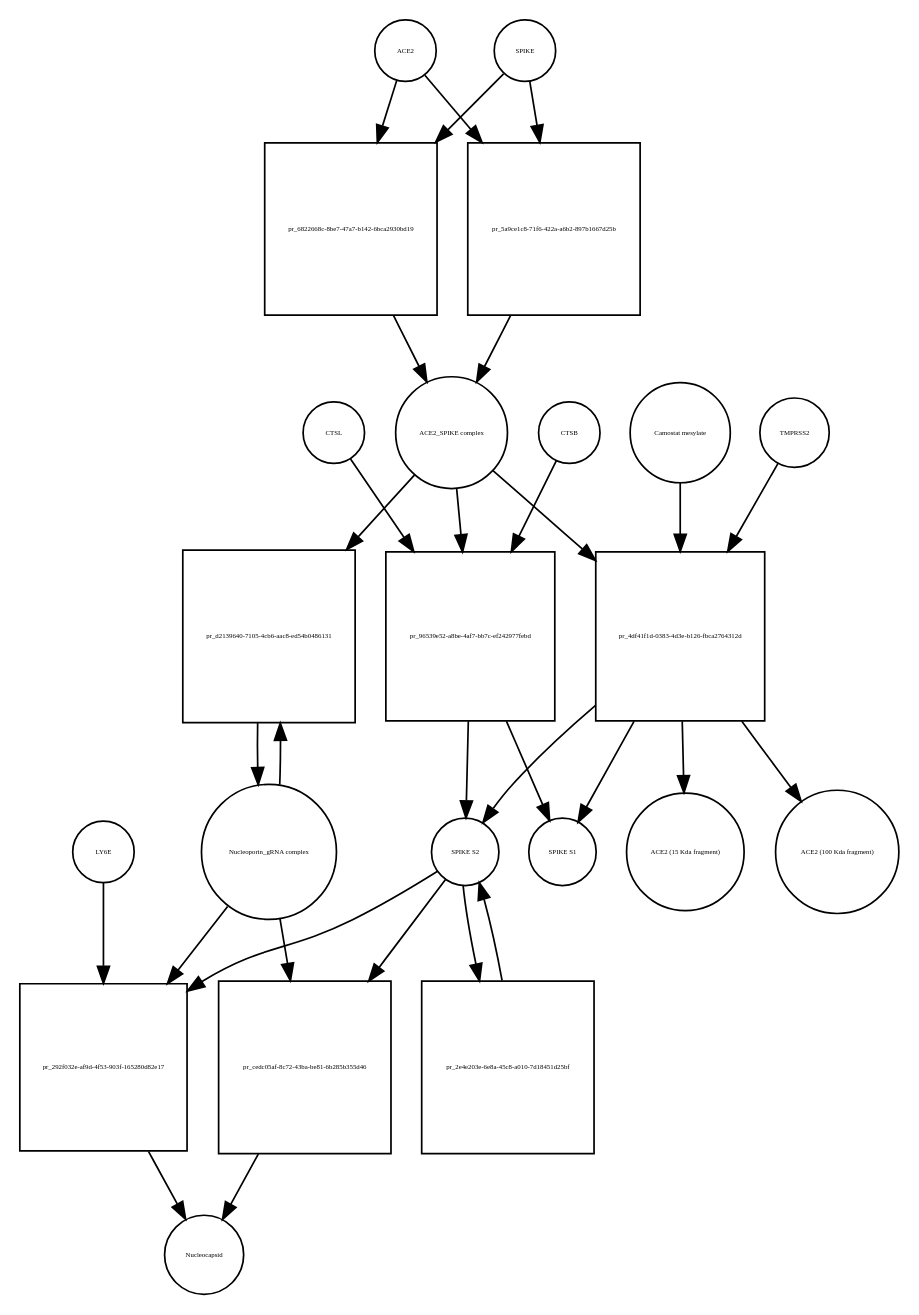
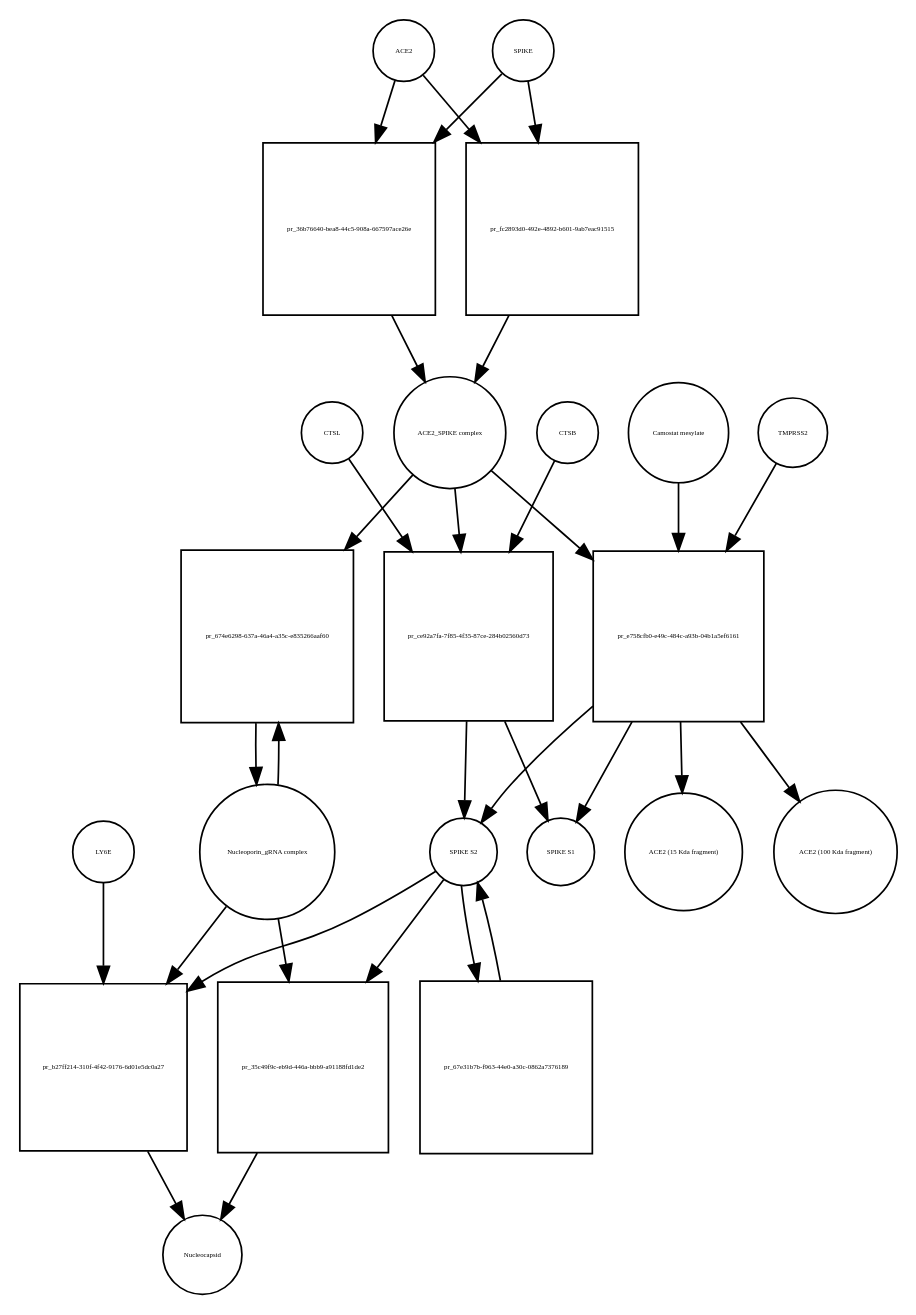
The diagram in Virus_replication_cycle_V02.xml_bipartite.dot (cannin/covid19-sbgn), drawn with Graphviz before and after one commit. The commit also changed 626 other files, not shown here.

```diff
--- a/Virus_replication_cycle_V02.xml_bipartite.dot
+++ b/Virus_replication_cycle_V02.xml_bipartite.dot
@@ -1,54 +1,54 @@
 strict digraph  {
 ACE2 [annotation="", bipartite=0, cls=macromolecule, fontsize=4, label=ACE2, shape=circle];
-"pr_6822668c-8be7-47a7-b142-6bca2930bd19" [annotation="", bipartite=1, cls=process, fontsize=4, label="pr_6822668c-8be7-47a7-b142-6bca2930bd19", shape=square];
+"pr_36b76640-bea8-44c5-908a-667597ace26e" [annotation="", bipartite=1, cls=process, fontsize=4, label="pr_36b76640-bea8-44c5-908a-667597ace26e", shape=square];
 "ACE2_SPIKE complex" [annotation="", bipartite=0, cls=complex, fontsize=4, label="ACE2_SPIKE complex", shape=circle];
 SPIKE [annotation="", bipartite=0, cls="macromolecule multimer", fontsize=4, label=SPIKE, shape=circle];
 "Nucleoporin_gRNA complex " [annotation="", bipartite=0, cls=complex, fontsize=4, label="Nucleoporin_gRNA complex ", shape=circle];
-"pr_d2139640-7105-4cb6-aac8-ed54b0486131" [annotation="", bipartite=1, cls=process, fontsize=4, label="pr_d2139640-7105-4cb6-aac8-ed54b0486131", shape=square];
-"pr_96539e52-a8be-4af7-bb7c-ef242977febd" [annotation="", bipartite=1, cls=process, fontsize=4, label="pr_96539e52-a8be-4af7-bb7c-ef242977febd", shape=square];
+"pr_674e6298-637a-46a4-a35c-e835266aaf60" [annotation="", bipartite=1, cls=process, fontsize=4, label="pr_674e6298-637a-46a4-a35c-e835266aaf60", shape=square];
+"pr_ce92a7fa-7f85-4f35-87ce-284b02560d73" [annotation="", bipartite=1, cls=process, fontsize=4, label="pr_ce92a7fa-7f85-4f35-87ce-284b02560d73", shape=square];
 "SPIKE S2" [annotation="", bipartite=0, cls=macromolecule, fontsize=4, label="SPIKE S2", shape=circle];
 CTSB [annotation="", bipartite=0, cls=macromolecule, fontsize=4, label=CTSB, shape=circle];
 CTSL [annotation="", bipartite=0, cls=macromolecule, fontsize=4, label=CTSL, shape=circle];
 "SPIKE S1" [annotation="", bipartite=0, cls=macromolecule, fontsize=4, label="SPIKE S1", shape=circle];
-"pr_4df41f1d-0383-4d3e-b126-fbca2764312d" [annotation="", bipartite=1, cls=process, fontsize=4, label="pr_4df41f1d-0383-4d3e-b126-fbca2764312d", shape=square];
+"pr_e758cfb0-e49c-484c-a93b-04b1a5ef6161" [annotation="", bipartite=1, cls=process, fontsize=4, label="pr_e758cfb0-e49c-484c-a93b-04b1a5ef6161", shape=square];
 TMPRSS2 [annotation="", bipartite=0, cls=macromolecule, fontsize=4, label=TMPRSS2, shape=circle];
 "Camostat mesylate" [annotation="urn_miriam_pubchem.compound_2536", bipartite=0, cls="simple chemical", fontsize=4, label="Camostat mesylate", shape=circle];
 "ACE2 (15 Kda fragment)" [annotation="", bipartite=0, cls=macromolecule, fontsize=4, label="ACE2 (15 Kda fragment)", shape=circle];
 "ACE2 (100 Kda fragment)" [annotation="", bipartite=0, cls=macromolecule, fontsize=4, label="ACE2 (100 Kda fragment)", shape=circle];
-"pr_5a9ce1c8-71f6-422a-a6b2-897b1667d25b" [annotation="", bipartite=1, cls=process, fontsize=4, label="pr_5a9ce1c8-71f6-422a-a6b2-897b1667d25b", shape=square];
-"pr_292f032e-af9d-4f53-903f-165280d82e17" [annotation="", bipartite=1, cls=process, fontsize=4, label="pr_292f032e-af9d-4f53-903f-165280d82e17", shape=square];
+"pr_fc2893d0-492e-4892-b601-9ab7eac91515" [annotation="", bipartite=1, cls=process, fontsize=4, label="pr_fc2893d0-492e-4892-b601-9ab7eac91515", shape=square];
+"pr_b27ff214-310f-4f42-9176-6d01e5dc0a27" [annotation="", bipartite=1, cls=process, fontsize=4, label="pr_b27ff214-310f-4f42-9176-6d01e5dc0a27", shape=square];
 Nucleocapsid [annotation="", bipartite=0, cls=complex, fontsize=4, label=Nucleocapsid, shape=circle];
 LY6E [annotation="", bipartite=0, cls=macromolecule, fontsize=4, label=LY6E, shape=circle];
-"pr_2e4e203e-6e8a-45c8-a010-7d18451d25bf" [annotation="", bipartite=1, cls=process, fontsize=4, label="pr_2e4e203e-6e8a-45c8-a010-7d18451d25bf", shape=square];
-"pr_cedc05af-8c72-43ba-be81-6b285b355d46" [annotation="", bipartite=1, cls=process, fontsize=4, label="pr_cedc05af-8c72-43ba-be81-6b285b355d46", shape=square];
-ACE2 -> "pr_6822668c-8be7-47a7-b142-6bca2930bd19"  [annotation="", interaction_type=consumption];
-ACE2 -> "pr_5a9ce1c8-71f6-422a-a6b2-897b1667d25b"  [annotation="", interaction_type=consumption];
-"pr_6822668c-8be7-47a7-b142-6bca2930bd19" -> "ACE2_SPIKE complex"  [annotation="", interaction_type=production];
-"ACE2_SPIKE complex" -> "pr_d2139640-7105-4cb6-aac8-ed54b0486131"  [annotation="urn_miriam_pubmed_32142651|urn_miriam_pubmed_32094589", interaction_type=stimulation];
-"ACE2_SPIKE complex" -> "pr_96539e52-a8be-4af7-bb7c-ef242977febd"  [annotation="", interaction_type=consumption];
-"ACE2_SPIKE complex" -> "pr_4df41f1d-0383-4d3e-b126-fbca2764312d"  [annotation="", interaction_type=consumption];
-SPIKE -> "pr_6822668c-8be7-47a7-b142-6bca2930bd19"  [annotation="", interaction_type=consumption];
-SPIKE -> "pr_5a9ce1c8-71f6-422a-a6b2-897b1667d25b"  [annotation="", interaction_type=consumption];
-"Nucleoporin_gRNA complex " -> "pr_d2139640-7105-4cb6-aac8-ed54b0486131"  [annotation="", interaction_type=consumption];
-"Nucleoporin_gRNA complex " -> "pr_292f032e-af9d-4f53-903f-165280d82e17"  [annotation="", interaction_type=consumption];
-"Nucleoporin_gRNA complex " -> "pr_cedc05af-8c72-43ba-be81-6b285b355d46"  [annotation="", interaction_type=consumption];
-"pr_d2139640-7105-4cb6-aac8-ed54b0486131" -> "Nucleoporin_gRNA complex "  [annotation="", interaction_type=production];
-"pr_96539e52-a8be-4af7-bb7c-ef242977febd" -> "SPIKE S2"  [annotation="", interaction_type=production];
-"pr_96539e52-a8be-4af7-bb7c-ef242977febd" -> "SPIKE S1"  [annotation="", interaction_type=production];
-"SPIKE S2" -> "pr_292f032e-af9d-4f53-903f-165280d82e17"  [annotation="urn_miriam_doi_10.1101%2F2020.03.05.979260|urn_miriam_doi_10.1101%2F2020.04.02.021469", interaction_type=stimulation];
-"SPIKE S2" -> "pr_2e4e203e-6e8a-45c8-a010-7d18451d25bf"  [annotation="", interaction_type=consumption];
-"SPIKE S2" -> "pr_cedc05af-8c72-43ba-be81-6b285b355d46"  [annotation="", interaction_type=stimulation];
-CTSB -> "pr_96539e52-a8be-4af7-bb7c-ef242977febd"  [annotation=urn_miriam_pubmed_32142651, interaction_type=catalysis];
-CTSL -> "pr_96539e52-a8be-4af7-bb7c-ef242977febd"  [annotation=urn_miriam_pubmed_32142651, interaction_type=catalysis];
-"pr_4df41f1d-0383-4d3e-b126-fbca2764312d" -> "SPIKE S2"  [annotation="", interaction_type=production];
-"pr_4df41f1d-0383-4d3e-b126-fbca2764312d" -> "SPIKE S1"  [annotation="", interaction_type=production];
-"pr_4df41f1d-0383-4d3e-b126-fbca2764312d" -> "ACE2 (15 Kda fragment)"  [annotation="", interaction_type=production];
-"pr_4df41f1d-0383-4d3e-b126-fbca2764312d" -> "ACE2 (100 Kda fragment)"  [annotation="", interaction_type=production];
-TMPRSS2 -> "pr_4df41f1d-0383-4d3e-b126-fbca2764312d"  [annotation="urn_miriam_pubmed_32142651|urn_miriam_pubmed_32094589|urn_miriam_pubmed_24227843", interaction_type=catalysis];
-"Camostat mesylate" -> "pr_4df41f1d-0383-4d3e-b126-fbca2764312d"  [annotation="urn_miriam_pubmed_32142651|urn_miriam_pubmed_32094589|urn_miriam_pubmed_24227843", interaction_type=inhibition];
-"pr_5a9ce1c8-71f6-422a-a6b2-897b1667d25b" -> "ACE2_SPIKE complex"  [annotation="", interaction_type=production];
-"pr_292f032e-af9d-4f53-903f-165280d82e17" -> Nucleocapsid  [annotation="", interaction_type=production];
-LY6E -> "pr_292f032e-af9d-4f53-903f-165280d82e17"  [annotation="urn_miriam_doi_10.1101%2F2020.03.05.979260|urn_miriam_doi_10.1101%2F2020.04.02.021469", interaction_type=inhibition];
-"pr_2e4e203e-6e8a-45c8-a010-7d18451d25bf" -> "SPIKE S2"  [annotation="", interaction_type=production];
-"pr_cedc05af-8c72-43ba-be81-6b285b355d46" -> Nucleocapsid  [annotation="", interaction_type=production];
+"pr_67e31b7b-f963-44e0-a30c-0862a7376189" [annotation="", bipartite=1, cls=process, fontsize=4, label="pr_67e31b7b-f963-44e0-a30c-0862a7376189", shape=square];
+"pr_35c49f9c-eb9d-446a-bbb9-a91188fd1de2" [annotation="", bipartite=1, cls=process, fontsize=4, label="pr_35c49f9c-eb9d-446a-bbb9-a91188fd1de2", shape=square];
+ACE2 -> "pr_36b76640-bea8-44c5-908a-667597ace26e"  [annotation="", interaction_type=consumption];
+ACE2 -> "pr_fc2893d0-492e-4892-b601-9ab7eac91515"  [annotation="", interaction_type=consumption];
+"pr_36b76640-bea8-44c5-908a-667597ace26e" -> "ACE2_SPIKE complex"  [annotation="", interaction_type=production];
+"ACE2_SPIKE complex" -> "pr_674e6298-637a-46a4-a35c-e835266aaf60"  [annotation="urn_miriam_pubmed_32142651|urn_miriam_pubmed_32094589", interaction_type=stimulation];
+"ACE2_SPIKE complex" -> "pr_ce92a7fa-7f85-4f35-87ce-284b02560d73"  [annotation="", interaction_type=consumption];
+"ACE2_SPIKE complex" -> "pr_e758cfb0-e49c-484c-a93b-04b1a5ef6161"  [annotation="", interaction_type=consumption];
+SPIKE -> "pr_36b76640-bea8-44c5-908a-667597ace26e"  [annotation="", interaction_type=consumption];
+SPIKE -> "pr_fc2893d0-492e-4892-b601-9ab7eac91515"  [annotation="", interaction_type=consumption];
+"Nucleoporin_gRNA complex " -> "pr_674e6298-637a-46a4-a35c-e835266aaf60"  [annotation="", interaction_type=consumption];
+"Nucleoporin_gRNA complex " -> "pr_b27ff214-310f-4f42-9176-6d01e5dc0a27"  [annotation="", interaction_type=consumption];
+"Nucleoporin_gRNA complex " -> "pr_35c49f9c-eb9d-446a-bbb9-a91188fd1de2"  [annotation="", interaction_type=consumption];
+"pr_674e6298-637a-46a4-a35c-e835266aaf60" -> "Nucleoporin_gRNA complex "  [annotation="", interaction_type=production];
+"pr_ce92a7fa-7f85-4f35-87ce-284b02560d73" -> "SPIKE S2"  [annotation="", interaction_type=production];
+"pr_ce92a7fa-7f85-4f35-87ce-284b02560d73" -> "SPIKE S1"  [annotation="", interaction_type=production];
+"SPIKE S2" -> "pr_b27ff214-310f-4f42-9176-6d01e5dc0a27"  [annotation="urn_miriam_doi_10.1101%2F2020.03.05.979260|urn_miriam_doi_10.1101%2F2020.04.02.021469", interaction_type=stimulation];
+"SPIKE S2" -> "pr_67e31b7b-f963-44e0-a30c-0862a7376189"  [annotation="", interaction_type=consumption];
+"SPIKE S2" -> "pr_35c49f9c-eb9d-446a-bbb9-a91188fd1de2"  [annotation="", interaction_type=stimulation];
+CTSB -> "pr_ce92a7fa-7f85-4f35-87ce-284b02560d73"  [annotation=urn_miriam_pubmed_32142651, interaction_type=catalysis];
+CTSL -> "pr_ce92a7fa-7f85-4f35-87ce-284b02560d73"  [annotation=urn_miriam_pubmed_32142651, interaction_type=catalysis];
+"pr_e758cfb0-e49c-484c-a93b-04b1a5ef6161" -> "SPIKE S2"  [annotation="", interaction_type=production];
+"pr_e758cfb0-e49c-484c-a93b-04b1a5ef6161" -> "SPIKE S1"  [annotation="", interaction_type=production];
+"pr_e758cfb0-e49c-484c-a93b-04b1a5ef6161" -> "ACE2 (15 Kda fragment)"  [annotation="", interaction_type=production];
+"pr_e758cfb0-e49c-484c-a93b-04b1a5ef6161" -> "ACE2 (100 Kda fragment)"  [annotation="", interaction_type=production];
+TMPRSS2 -> "pr_e758cfb0-e49c-484c-a93b-04b1a5ef6161"  [annotation="urn_miriam_pubmed_32142651|urn_miriam_pubmed_32094589|urn_miriam_pubmed_24227843", interaction_type=catalysis];
+"Camostat mesylate" -> "pr_e758cfb0-e49c-484c-a93b-04b1a5ef6161"  [annotation="urn_miriam_pubmed_32142651|urn_miriam_pubmed_32094589|urn_miriam_pubmed_24227843", interaction_type=inhibition];
+"pr_fc2893d0-492e-4892-b601-9ab7eac91515" -> "ACE2_SPIKE complex"  [annotation="", interaction_type=production];
+"pr_b27ff214-310f-4f42-9176-6d01e5dc0a27" -> Nucleocapsid  [annotation="", interaction_type=production];
+LY6E -> "pr_b27ff214-310f-4f42-9176-6d01e5dc0a27"  [annotation="urn_miriam_doi_10.1101%2F2020.03.05.979260|urn_miriam_doi_10.1101%2F2020.04.02.021469", interaction_type=inhibition];
+"pr_67e31b7b-f963-44e0-a30c-0862a7376189" -> "SPIKE S2"  [annotation="", interaction_type=production];
+"pr_35c49f9c-eb9d-446a-bbb9-a91188fd1de2" -> Nucleocapsid  [annotation="", interaction_type=production];
 }
```
